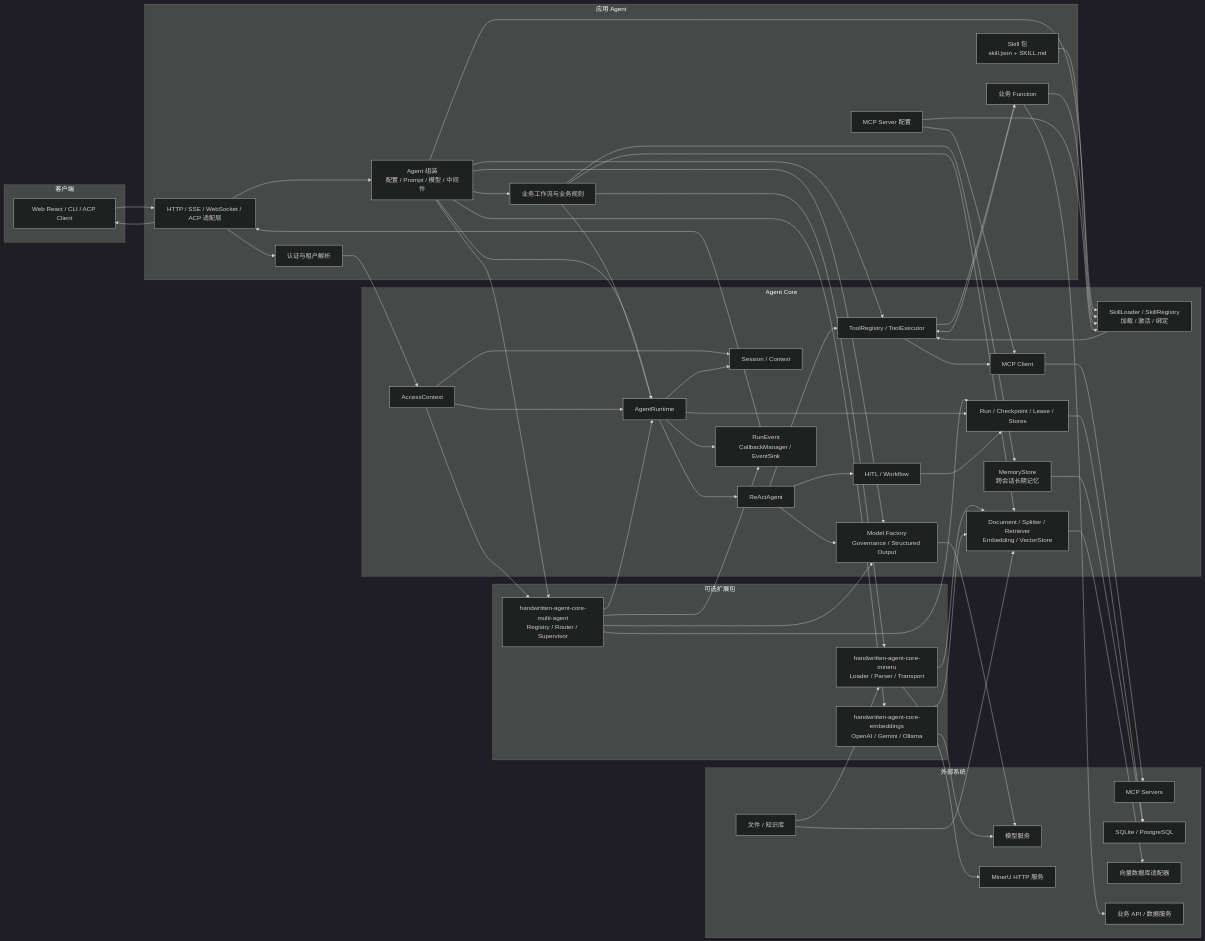
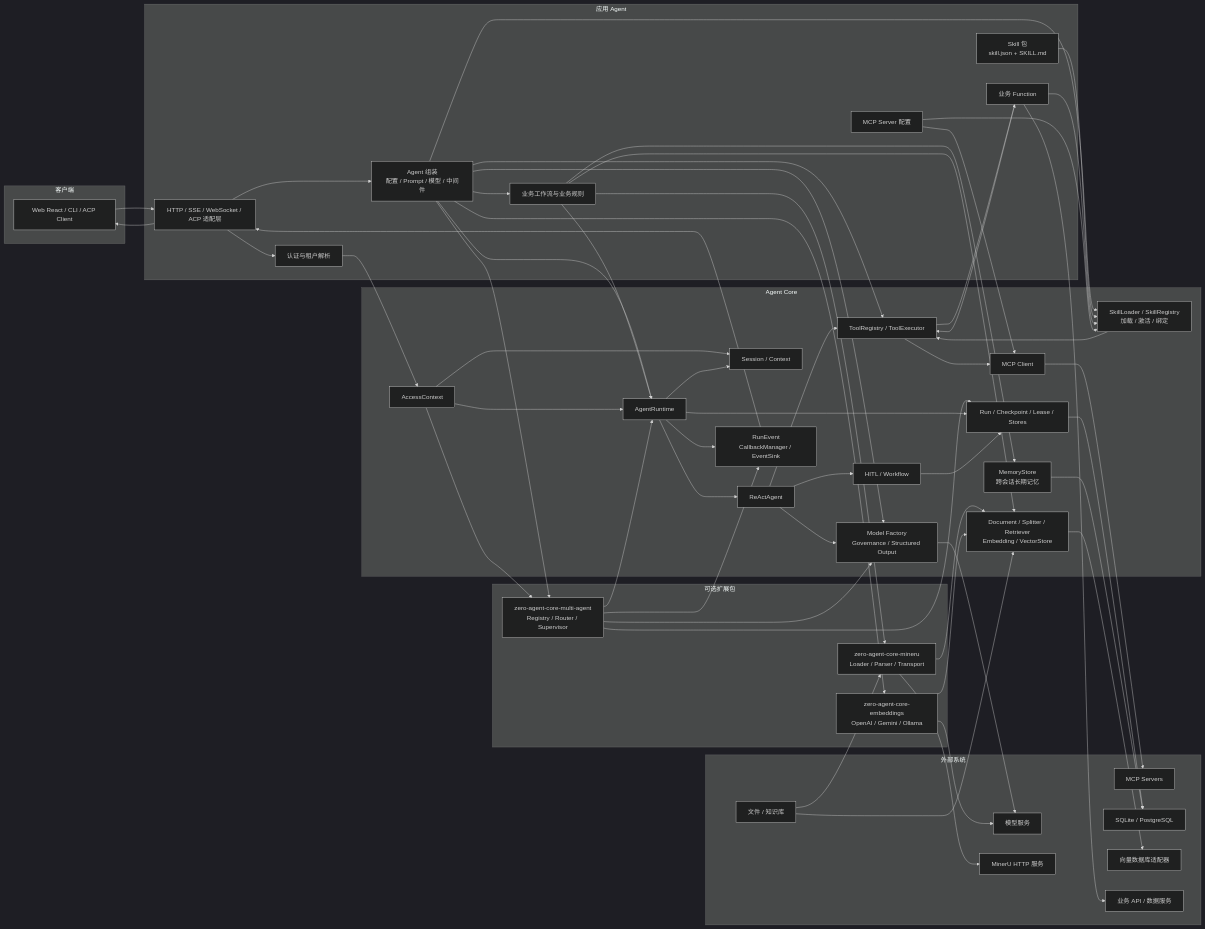
Before and after one commit to qiuzixu/agent-core: the second of 6 diagrams in docs/ARCHITECTURE.md, drawn with Mermaid (dark theme). The commit also changed other lines of this file and 32 other files, not shown here.

Commit message:
chore: 发行名更名 zero-agent-core，版本 0.2.0，新增发布工作流与 starter 脚手架

```diff
--- a/docs/ARCHITECTURE.md
+++ b/docs/ARCHITECTURE.md
@@ -166,9 +166,9 @@
     end
 
     subgraph EXTENSIONS["可选扩展包"]
-        MINERUADAPTER["handwritten-agent-core-mineru<br/>Loader / Parser / Transport"]
-        EMBEDDINGADAPTER["handwritten-agent-core-embeddings<br/>OpenAI / Gemini / Ollama"]
-        MULTIAGENT["handwritten-agent-core-multi-agent<br/>Registry / Router / Supervisor"]
+        MINERUADAPTER["zero-agent-core-mineru<br/>Loader / Parser / Transport"]
+        EMBEDDINGADAPTER["zero-agent-core-embeddings<br/>OpenAI / Gemini / Ollama"]
+        MULTIAGENT["zero-agent-core-multi-agent<br/>Registry / Router / Supervisor"]
     end
 
     subgraph EXTERNAL["外部系统"]
```
